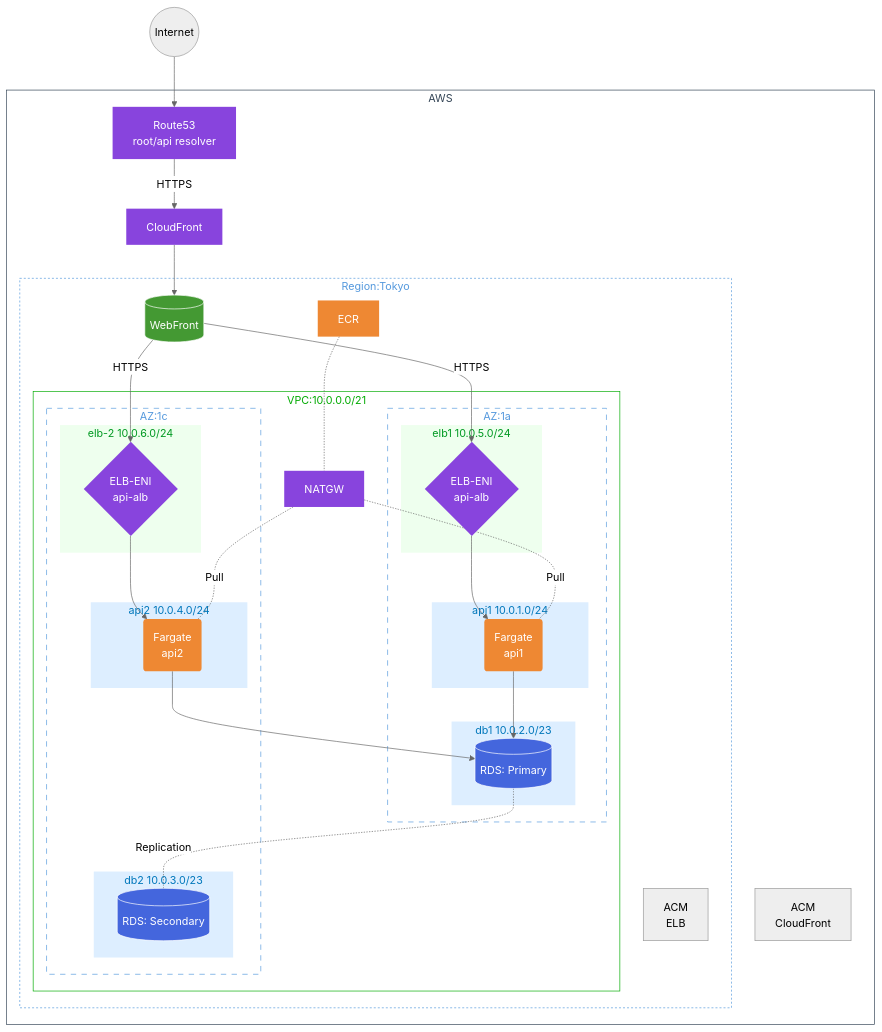
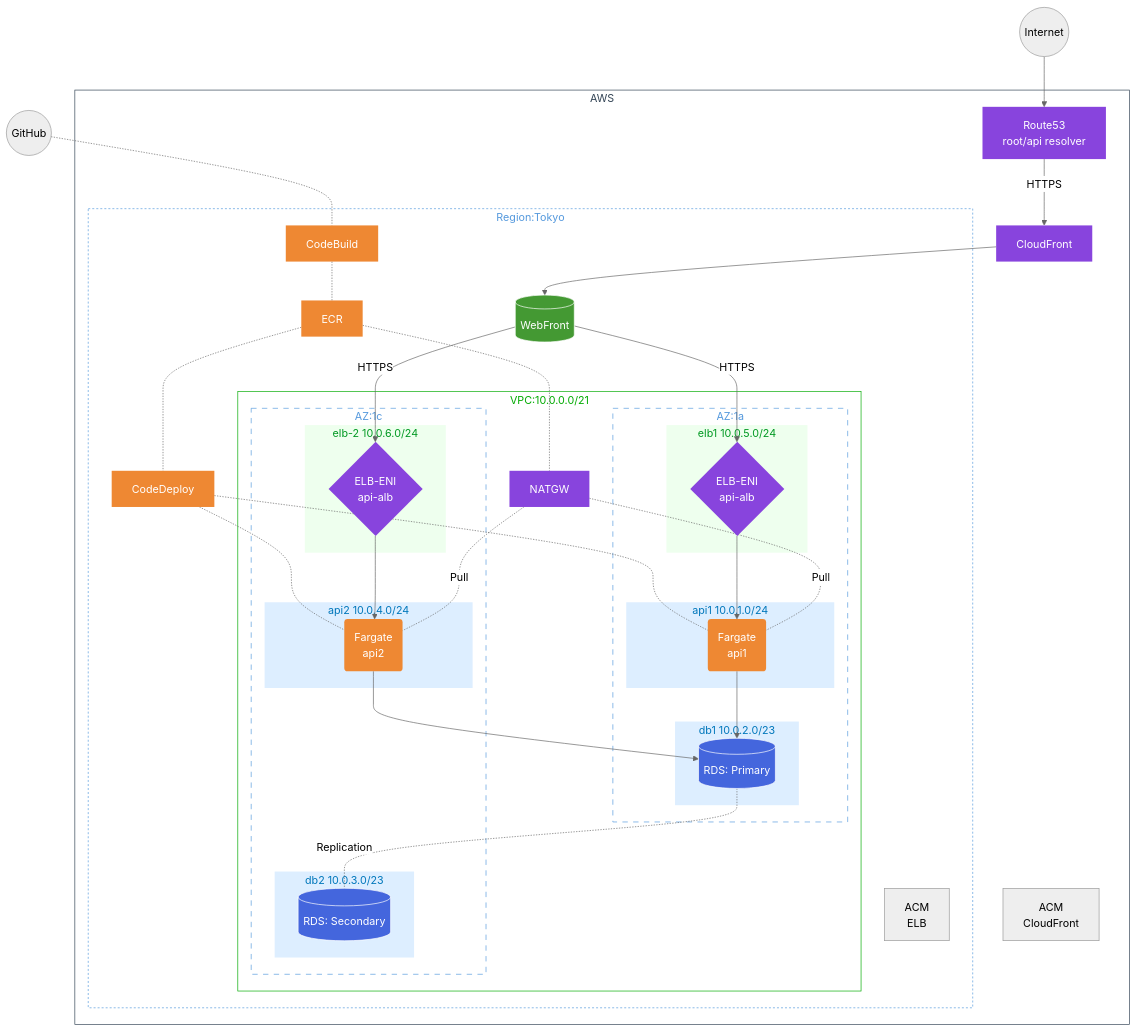
Before and after one commit to kuma8088/ct_sprints_iimura: the diagram in README.md, drawn with Mermaid (neutral theme). The commit also changed other lines of this file and 8 other files, not shown here.

```diff
--- a/README.md
+++ b/README.md
@@ -16,6 +19,7 @@
 flowchart TB
 %%外部要素のUser
 INET((Internet))
+GITHUB((GitHub))
 
 %%グループとサービス
 subgraph GC[AWS]
@@ -25,6 +29,8 @@
     ACM[ACM<br>ELB]
     ST1[(WebFront)]
     ECR[ECR]
+    CDP[CodeBuild]
+    CDB[CodeDeploy]
     subgraph GV[VPC:10.0.0.0/21]
       NW3[NATGW]
       subgraph GA[AZ:1a]
@@ -55,6 +61,11 @@
 end
 
 %%サービス同士の関係
+GITHUB -.- CDP
+CDP -.- ECR
+ECR -.- CDB
+CDB -.- CP2
+CDB -.- CP3
 INET --> DNS
 DNS --> |HTTPS| CF
 CF --> ST1
@@ -107,7 +118,7 @@
 
 %%Compute関連のスタイル
 classDef SCP fill:#e83,color:#fff,stroke:none
-class CP1,CP2,CP3,ECR SCP
+class CP1,CP2,CP3,ECR,CDB,CDP SCP
 
 %%DB関連のスタイル
 classDef SDB fill:#46d,color:#fff,stroke:#fff
```
